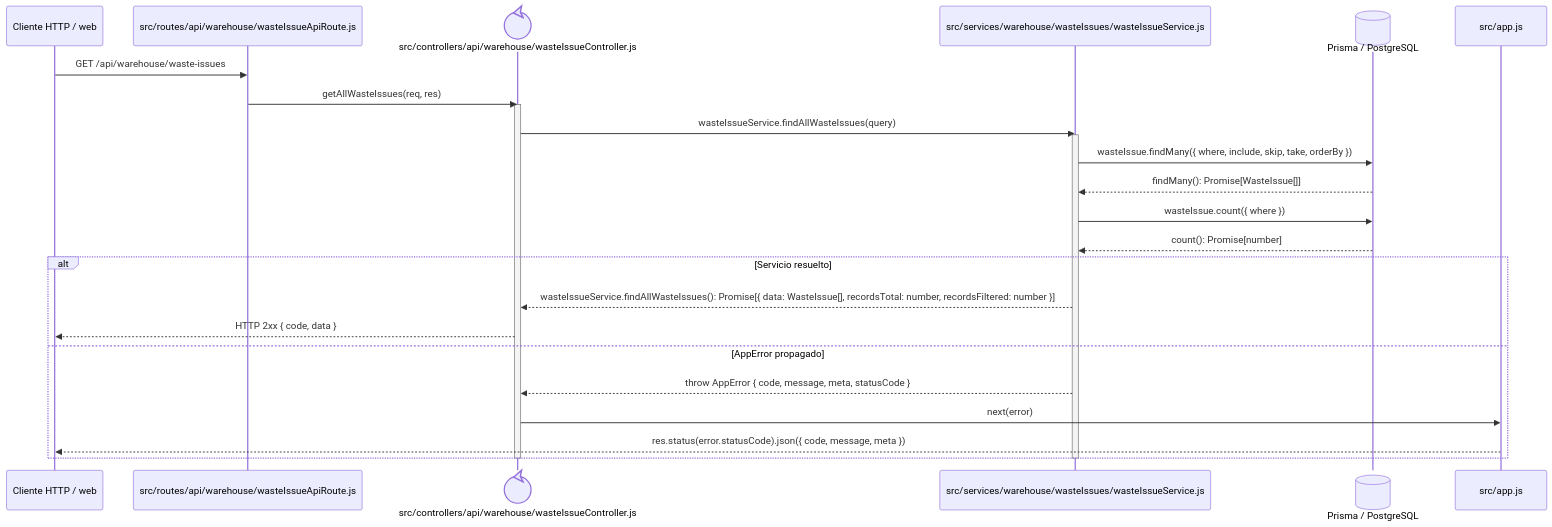
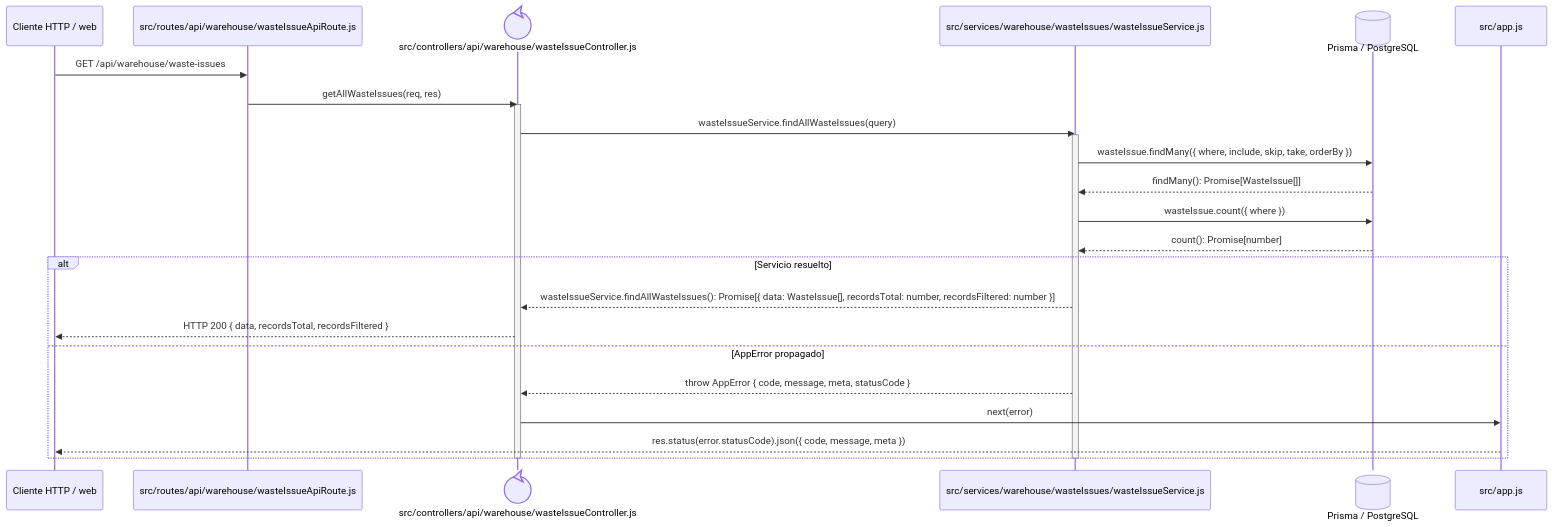
Before and after one commit to gpgsistemas01/nexus: the diagram in docs/architecture/views/processes/backend-code-sequences/issues/cu-sal-08.md, drawn with Mermaid. The commit also changed 187 other files, not shown here.

````diff
--- a/docs/architecture/views/processes/backend-code-sequences/issues/cu-sal-08.md
+++ b/docs/architecture/views/processes/backend-code-sequences/issues/cu-sal-08.md
@@ -6,29 +6,29 @@
 ```mermaid
 sequenceDiagram
     participant Client as Cliente HTTP / web
     participant Route as src/routes/api/warehouse/wasteIssueApiRoute.js
     participant Controller@{ "type": "control" } as src/controllers/api/warehouse/wasteIssueController.js
     participant Domain as src/services/warehouse/wasteIssues/wasteIssueService.js
     participant Prisma@{ "type": "database" } as Prisma / PostgreSQL
     participant ErrorHandler as src/app.js
 
     Client->>Route: GET /api/warehouse/waste-issues
     Route->>Controller: getAllWasteIssues(req, res)
     activate Controller
     Controller->>Domain: wasteIssueService.findAllWasteIssues(query)
     activate Domain
     Domain->>Prisma: wasteIssue.findMany({ where, include, skip, take, orderBy })
     Prisma-->>Domain: findMany(): Promise[WasteIssue[]]
     Domain->>Prisma: wasteIssue.count({ where })
     Prisma-->>Domain: count(): Promise[number]
     alt Servicio resuelto
         Domain-->>Controller: wasteIssueService.findAllWasteIssues(): Promise[{ data: WasteIssue[], recordsTotal: number, recordsFiltered: number }]
-        Controller-->>Client: HTTP 2xx { code, data }
+        Controller-->>Client: HTTP 200 { data, recordsTotal, recordsFiltered }
     else AppError propagado
         Domain-->>Controller: throw AppError { code, message, meta, statusCode }
         Controller->>ErrorHandler: next(error)
         ErrorHandler-->>Client: res.status(error.statusCode).json({ code, message, meta })
     end
     deactivate Domain
     deactivate Controller
 ```
````
